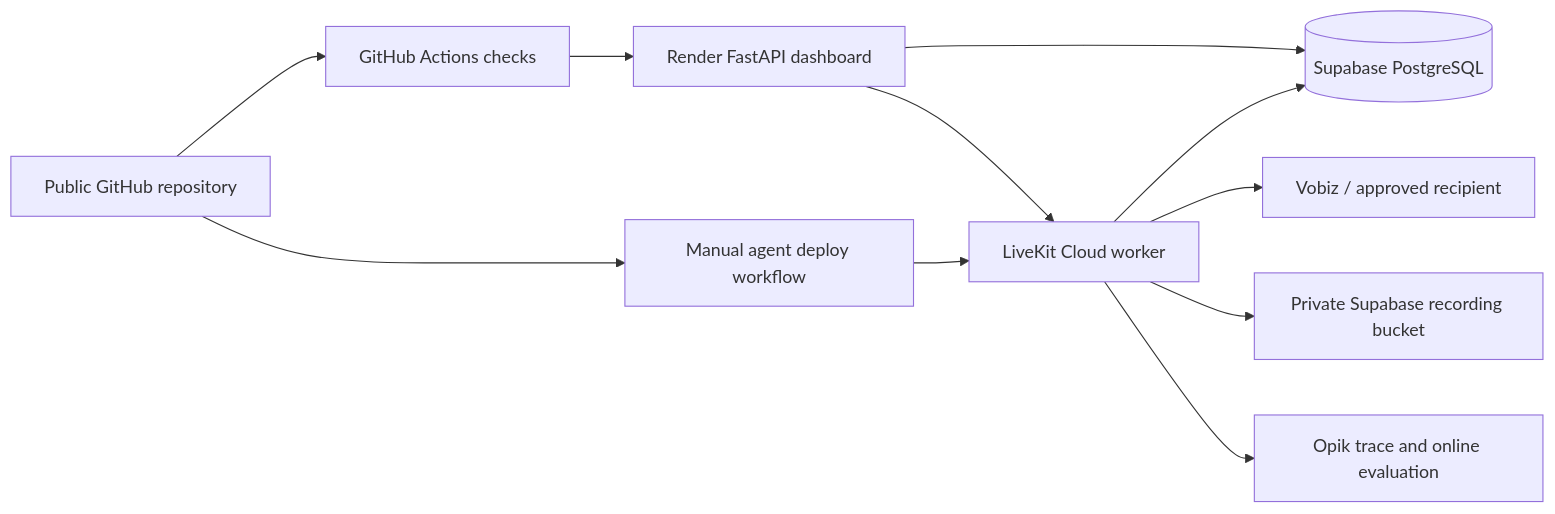
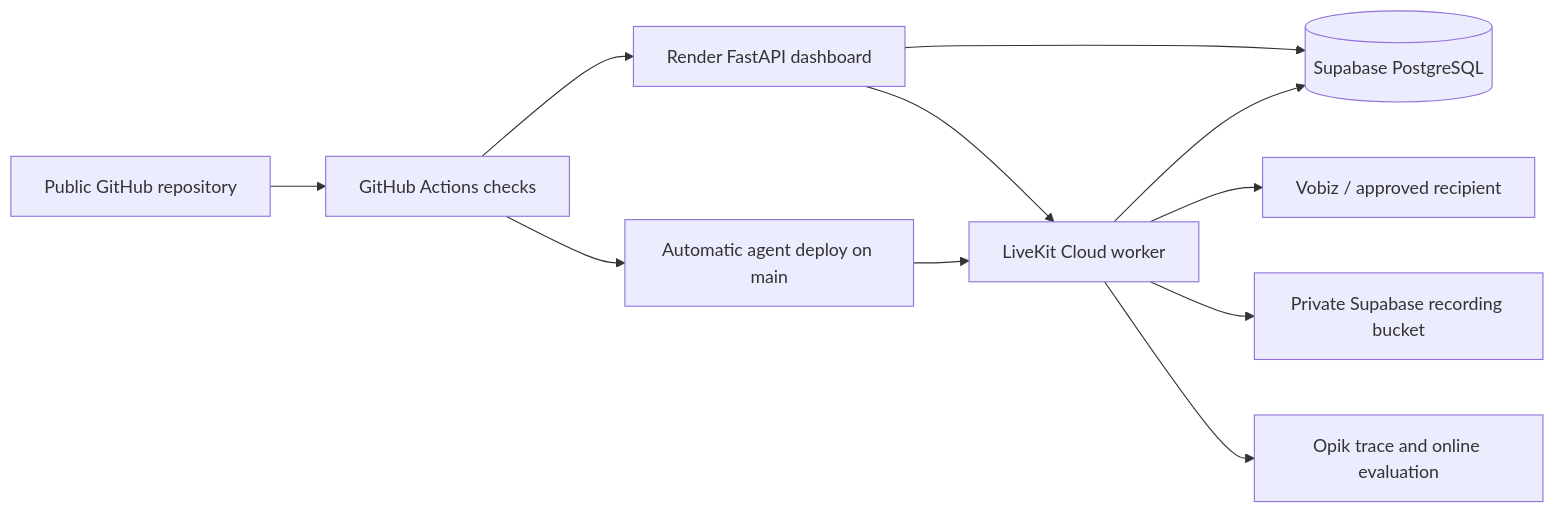
Before and after one commit to RahulRachhoya/adit-healthcare-voice-agent: the diagram in docs/deployment.md, drawn with Mermaid. The commit also changed 25 other files, not shown here.

````diff
--- a/docs/deployment.md
+++ b/docs/deployment.md
@@ -25,13 +25,13 @@
 ```mermaid
 flowchart LR
   GitHub[Public GitHub repository] --> CI[GitHub Actions checks]
   CI --> Render[Render FastAPI dashboard]
-  GitHub --> Deploy[Manual agent deploy workflow]
+  CI --> Deploy[Automatic agent deploy on main]
   Deploy --> LiveKit[LiveKit Cloud worker]
   Render --> DB[(Supabase PostgreSQL)]
   LiveKit --> DB
   Render --> LiveKit
   LiveKit --> SIP[Vobiz / approved recipient]
   LiveKit --> Storage[Private Supabase recording bucket]
   LiveKit --> Opik[Opik trace and online evaluation]
 ```
````
